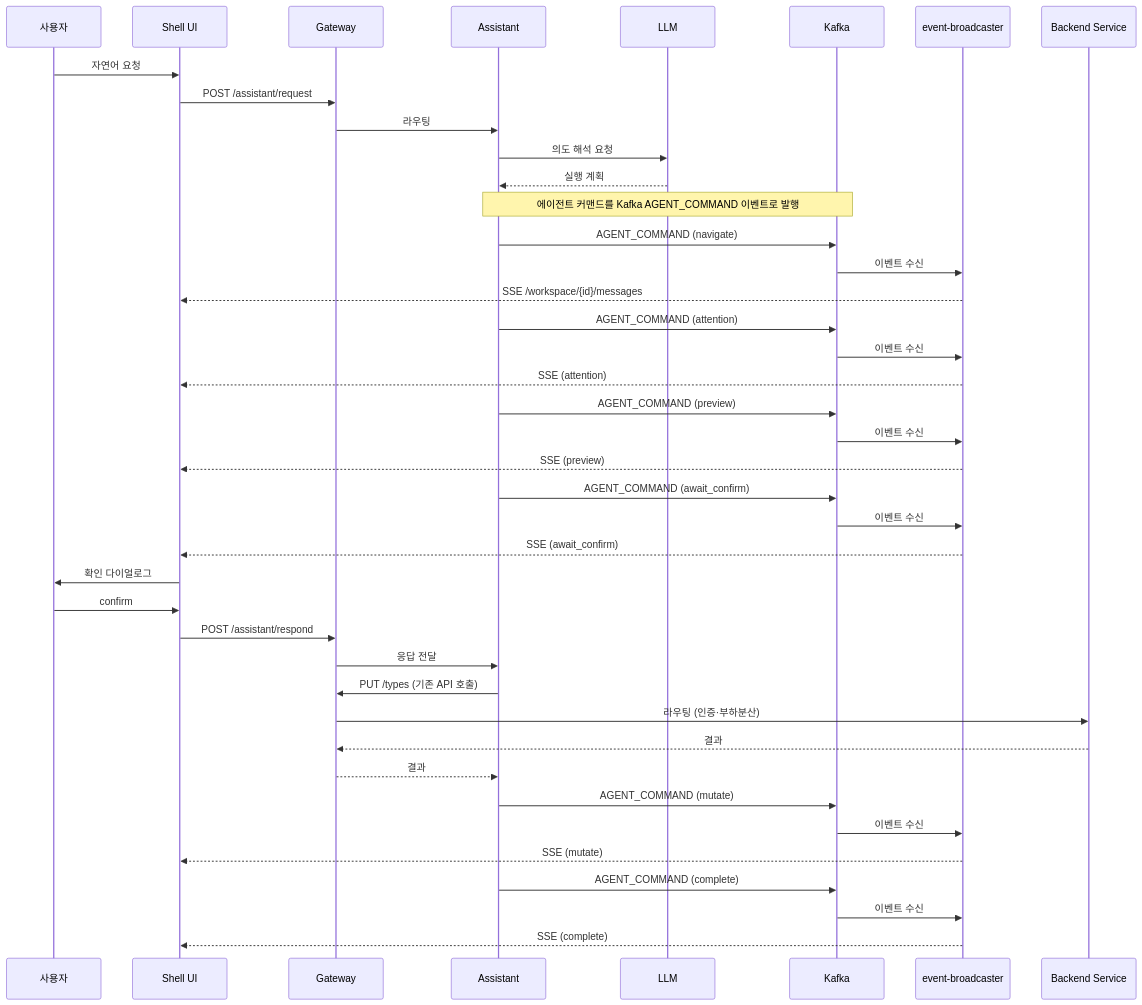
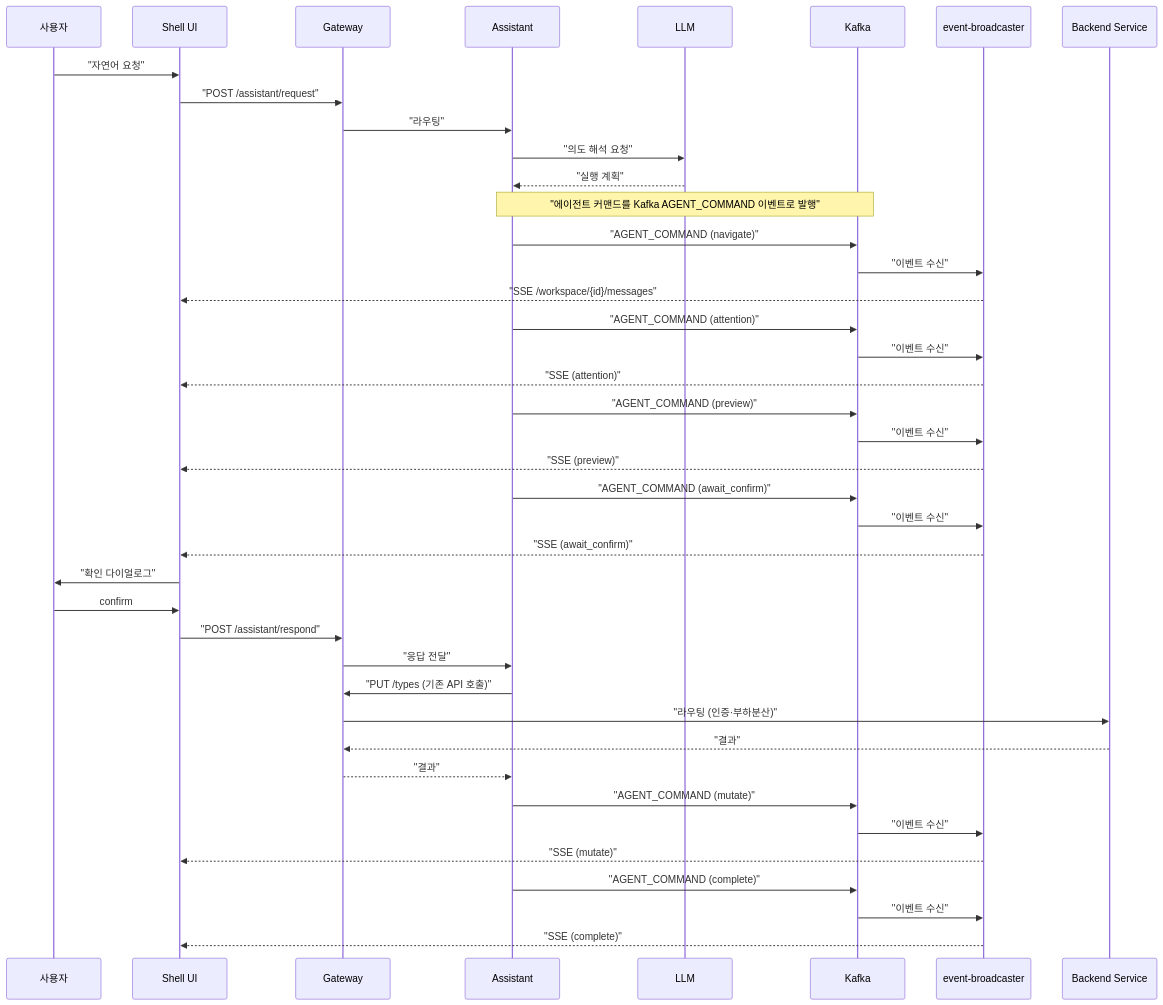
Before and after one commit to sayaya1090/handbook: the sixth of 11 diagrams in docs/architecture.md, drawn with Mermaid. The commit also changed other lines of this file and 22 other files, not shown here.

First line of the commit message:
docs: Mermaid 다이어그램 렌더링 오류 수정을 위한 구문 전수 교정

````diff
--- a/docs/architecture.md
+++ b/docs/architecture.md
@@ -924,45 +924,45 @@
 ```mermaid
 sequenceDiagram
     participant U as 사용자
     participant F as Shell UI
     participant GW as Gateway
     participant A as Assistant
     participant L as LLM
     participant K as Kafka
     participant EB as event-broadcaster
     participant S as Backend Service
 
-    U->>F: 자연어 요청
-    F->>GW: POST /assistant/request
-    GW->>A: 라우팅
-    A->>L: 의도 해석 요청
-    L-->>A: 실행 계획
+    U->>F: "자연어 요청"
+    F->>GW: "POST /assistant/request"
+    GW->>A: "라우팅"
+    A->>L: "의도 해석 요청"
+    L-->>A: "실행 계획"
 
-    Note over A,K: 에이전트 커맨드를 Kafka AGENT_COMMAND 이벤트로 발행
-    A->>K: AGENT_COMMAND (navigate)
-    K->>EB: 이벤트 수신
-    EB-->>F: SSE /workspace/{id}/messages
-    A->>K: AGENT_COMMAND (attention)
-    K->>EB: 이벤트 수신
-    EB-->>F: SSE (attention)
-    A->>K: AGENT_COMMAND (preview)
-    K->>EB: 이벤트 수신
-    EB-->>F: SSE (preview)
-    A->>K: AGENT_COMMAND (await_confirm)
-    K->>EB: 이벤트 수신
-    EB-->>F: SSE (await_confirm)
-    F->>U: 확인 다이얼로그
+    Note over A,K: "에이전트 커맨드를 Kafka AGENT_COMMAND 이벤트로 발행"
+    A->>K: "AGENT_COMMAND (navigate)"
+    K->>EB: "이벤트 수신"
+    EB-->>F: "SSE /workspace/{id}/messages"
+    A->>K: "AGENT_COMMAND (attention)"
+    K->>EB: "이벤트 수신"
+    EB-->>F: "SSE (attention)"
+    A->>K: "AGENT_COMMAND (preview)"
+    K->>EB: "이벤트 수신"
+    EB-->>F: "SSE (preview)"
+    A->>K: "AGENT_COMMAND (await_confirm)"
+    K->>EB: "이벤트 수신"
+    EB-->>F: "SSE (await_confirm)"
+    F->>U: "확인 다이얼로그"
     U->>F: confirm
-    F->>GW: POST /assistant/respond
-    GW->>A: 응답 전달
-    A->>GW: PUT /types (기존 API 호출)
-    GW->>S: 라우팅 (인증·부하분산)
-    S-->>GW: 결과
-    GW-->>A: 결과
-    A->>K: AGENT_COMMAND (mutate)
-    K->>EB: 이벤트 수신
-    EB-->>F: SSE (mutate)
-    A->>K: AGENT_COMMAND (complete)
-    K->>EB: 이벤트 수신
-    EB-->>F: SSE (complete)
+    F->>GW: "POST /assistant/respond"
+    GW->>A: "응답 전달"
+    A->>GW: "PUT /types (기존 API 호출)"
+    GW->>S: "라우팅 (인증·부하분산)"
+    S-->>GW: "결과"
+    GW-->>A: "결과"
+    A->>K: "AGENT_COMMAND (mutate)"
+    K->>EB: "이벤트 수신"
+    EB-->>F: "SSE (mutate)"
+    A->>K: "AGENT_COMMAND (complete)"
+    K->>EB: "이벤트 수신"
+    EB-->>F: "SSE (complete)"
 ```
````
